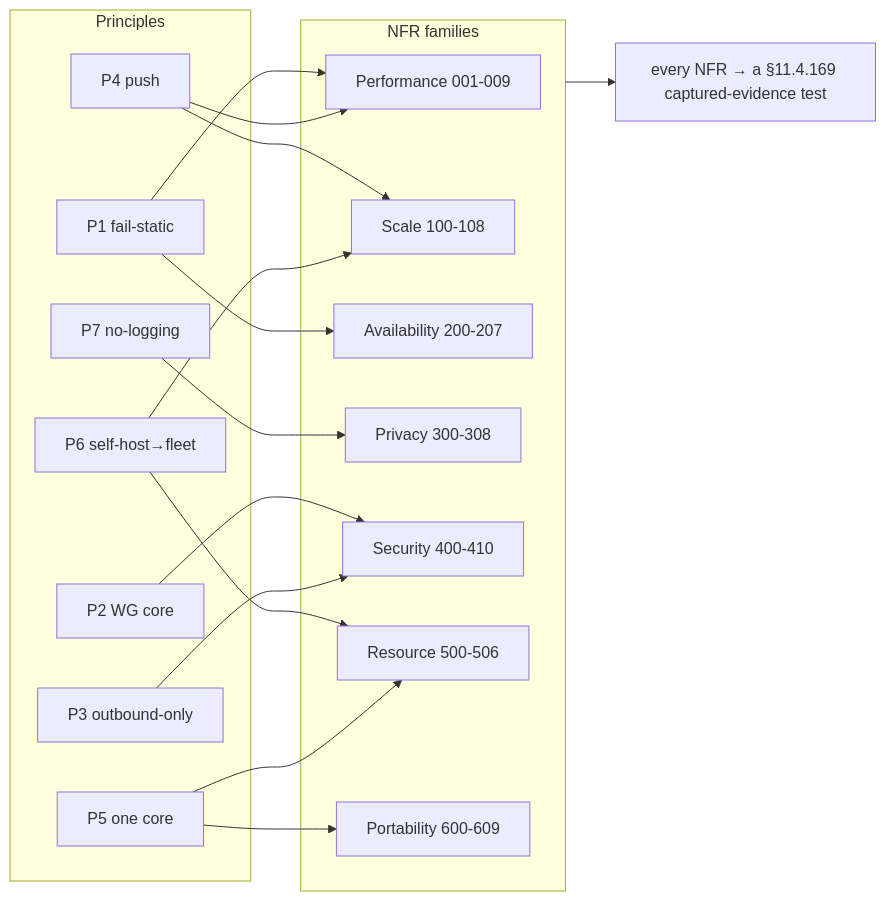
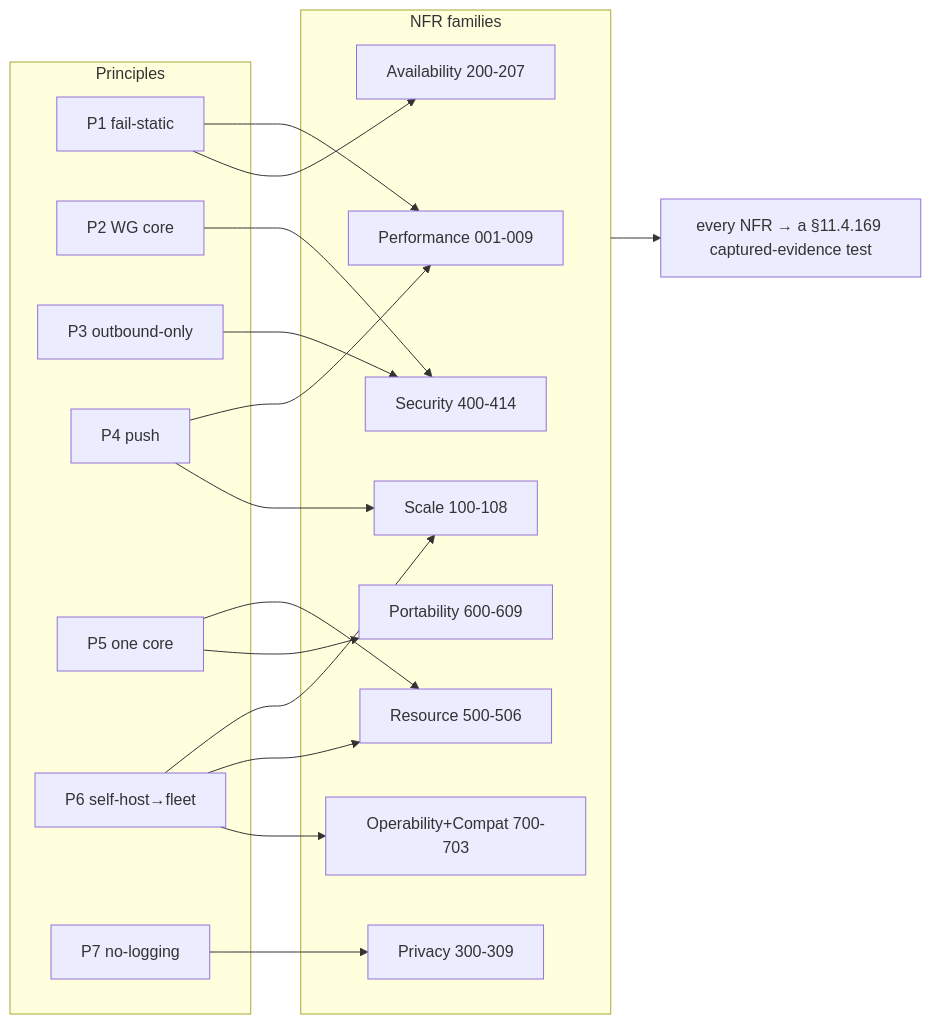
Before and after one commit to HelixDevelopment/helix_vpn: the first of 2 diagrams in docs/research/mvp/final/v01-product/nonfunctional-requirements.md, drawn with Mermaid. The commit also changed other lines of this file and 681 other files, not shown here.

````diff
--- a/docs/research/mvp/final/v01-product/nonfunctional-requirements.md
+++ b/docs/research/mvp/final/v01-product/nonfunctional-requirements.md
@@ -249,33 +291,35 @@
 ```mermaid
 flowchart LR
   subgraph P[Principles]
     P1[P1 fail-static]
     P2[P2 WG core]
     P3[P3 outbound-only]
     P4[P4 push]
     P5[P5 one core]
     P6[P6 self-host→fleet]
     P7[P7 no-logging]
   end
   subgraph NFR[NFR families]
     PERF[Performance 001-009]
     SCALE[Scale 100-108]
     HA[Availability 200-207]
-    PRIV[Privacy 300-308]
-    SEC[Security 400-410]
+    PRIV[Privacy 300-309]
+    SEC[Security 400-414]
     RES[Resource 500-506]
     PORT[Portability 600-609]
+    OPS[Operability+Compat 700-703]
   end
   P1 --> PERF
   P1 --> HA
   P4 --> PERF
   P4 --> SCALE
   P6 --> SCALE
   P6 --> RES
+  P6 --> OPS
   P7 --> PRIV
   P2 --> SEC
   P3 --> SEC
   P5 --> RES
   P5 --> PORT
   NFR --> V[every NFR → a §11.4.169 captured-evidence test]
 ```
````
